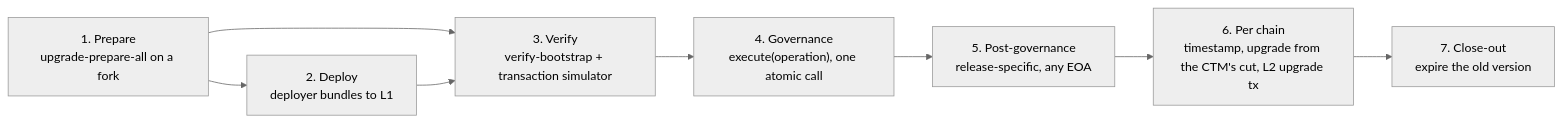
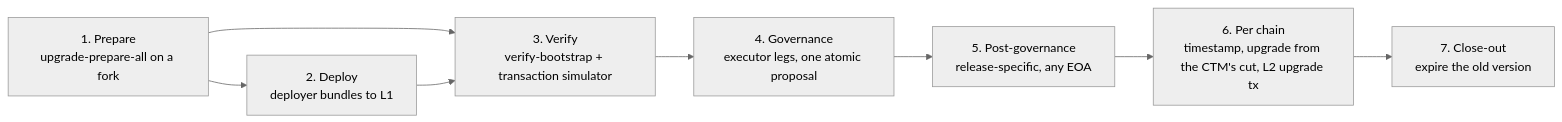
The diagram in protocol-docs/ecosystem-upgrade.md (matter-labs/era-contracts), drawn with Mermaid (neutral theme) before and after one commit. The commit also changed other lines of this file and 120 other files, not shown here.

````diff
--- a/protocol-docs/ecosystem-upgrade.md
+++ b/protocol-docs/ecosystem-upgrade.md
@@ -95,10 +96,10 @@
 ```mermaid
 flowchart LR
   B["1. Prepare<br/>upgrade-prepare-all on a fork"] --> C["2. Deploy<br/>deployer bundles to L1"]
   B --> D["3. Verify<br/>verify-bootstrap + transaction simulator"]
   C --> D
-  D --> E["4. Governance<br/>execute(operation), one atomic call"]
+  D --> E["4. Governance<br/>executor legs, one atomic proposal"]
   E --> F["5. Post-governance<br/>release-specific, any EOA"]
   F --> G["6. Per chain<br/>timestamp, upgrade from the CTM's cut, L2 upgrade tx"]
   G --> H["7. Close-out<br/>expire the old version"]
 ```
````
